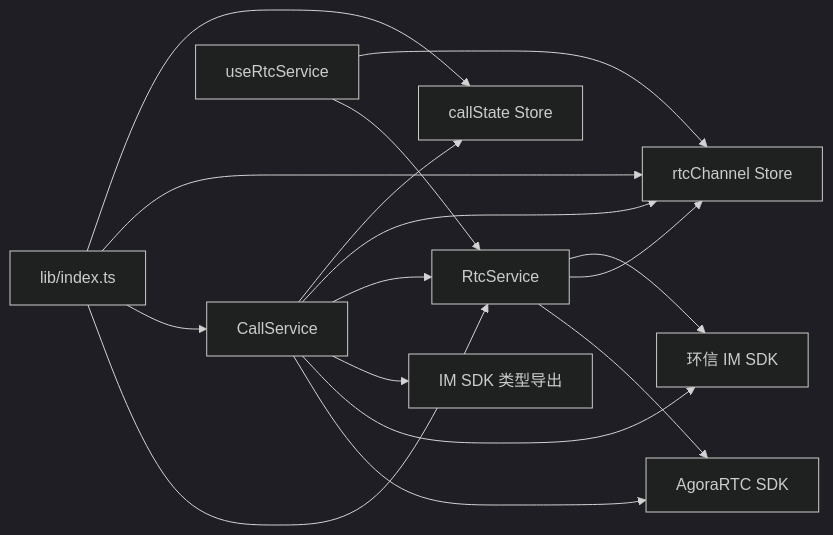
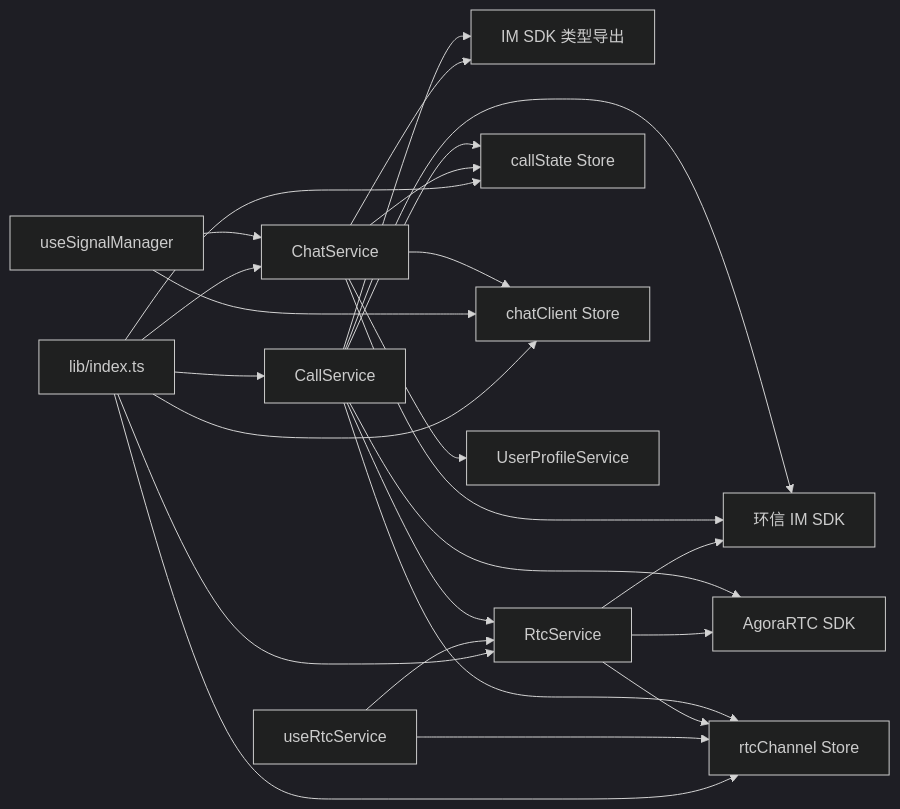
Before and after one commit to Easemob-Community/easemob-uikit-callkit-vue3: the sixth of 6 diagrams in .qoder/repowiki/zh/content/服务层/服务层.md, drawn with Mermaid (dark theme). The commit also changed other lines of this file and 58 other files, not shown here.

````diff
--- a/.qoder/repowiki/zh/content/服务层/服务层.md
+++ b/.qoder/repowiki/zh/content/服务层/服务层.md
@@ -278,18 +383,27 @@
 ```mermaid
 graph LR
 CallService --> Agora["AgoraRTC SDK"]
 CallService --> IM["环信 IM SDK"]
 CallService --> IMTypes["IM SDK 类型导出"]
 CallService --> RtcService
 CallService --> rtcStore["rtcChannel Store"]
 CallService --> callStore["callState Store"]
+ChatService --> IM
+ChatService --> IMTypes
+ChatService --> chatStore["chatClient Store"]
+ChatService --> callStore
+ChatService --> UserProfile["UserProfileService"]
 RtcService --> Agora
 RtcService --> rtcStore
 RtcService --> IM
 useRtcService --> RtcService
 useRtcService --> rtcStore
+useSignalManager --> ChatService
+useSignalManager --> chatStore
 Export["lib/index.ts"] --> RtcService
 Export --> CallService
+Export --> ChatService
 Export --> rtcStore
 Export --> callStore
+Export --> chatStore
 ```
````
